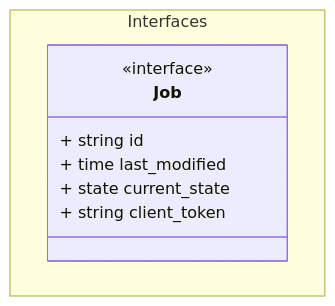
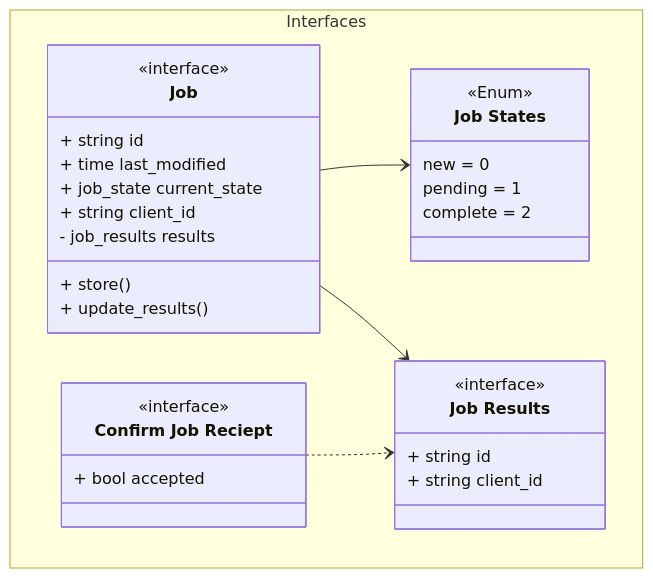
Before and after one commit to Uiowa-Applied-Topology/web_API: the diagram in docs/unit_description/inerfaces/job.md, drawn with Mermaid. The commit also changed other lines of this file and 11 other files, not shown here.

Commit message:
Updates docs class diagrams

````diff
--- a/docs/unit_description/inerfaces/job.md
+++ b/docs/unit_description/inerfaces/job.md
@@ -13,17 +13,39 @@
 ```mermaid
 
 classDiagram
 
 namespace Interfaces {
 
+    class js["Job States"]{
+        <<Enum>>
+        new = 0
+        pending = 1
+        complete = 2
+    }
+
     class aj["Job"]{
         <<interface>>
         + string id
         + time last_modified
-        + state current_state
-        + string client_token
+        + job_state current_state
+        + string client_id
+        - job_results results
+        + store()
+        + update_results()
+    }
+    class ajr["Job Results"]{
+        <<interface>>
+        + string id
+        + string client_id
+    }
+    class cr["Confirm Job Reciept"]{
+        <<interface>>
+        + bool accepted
     }
 
 }
 
+aj --> js
+aj --> ajr
+cr ..> ajr
 ```
````
